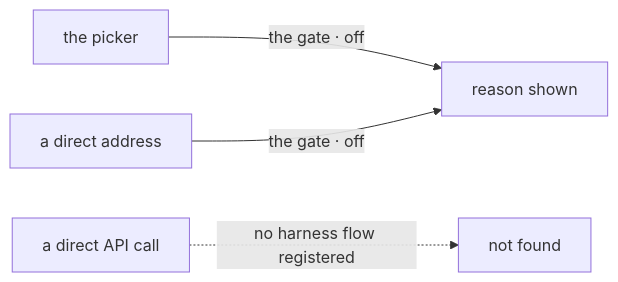
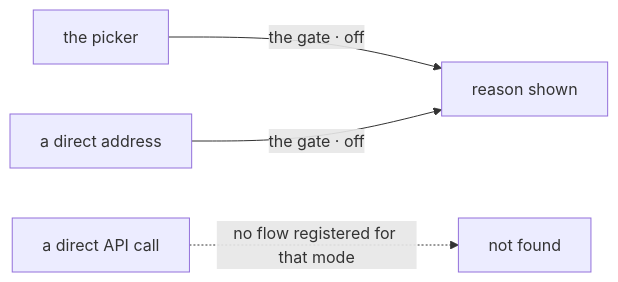
The diagram in specs/issues/FIX-1914/BUSINESS-RULES.md (fixpoint-labs/flow-state-dev), drawn with Mermaid before and after one commit. The commit also changed other lines of this file and 5 other files, not shown here.

````diff
--- a/specs/issues/FIX-1914/BUSINESS-RULES.md
+++ b/specs/issues/FIX-1914/BUSINESS-RULES.md
@@ -46,6 +46,6 @@
 ```mermaid
 flowchart LR
   A["the picker"] -->|"the gate · off"| R["reason shown"]
   B["a direct address"] -->|"the gate · off"| R
-  C["a direct API call"] -.->|"no harness flow registered"| N["not found"]
+  C["a direct API call"] -.->|"no flow registered for that mode"| N["not found"]
 ```
````
